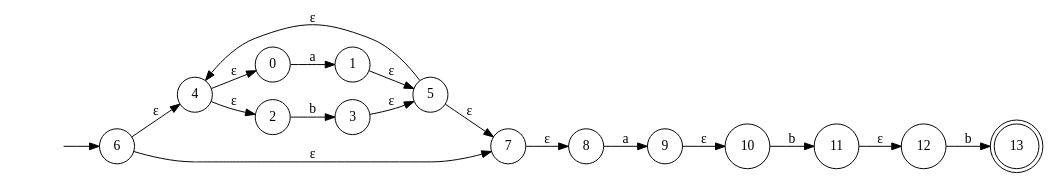
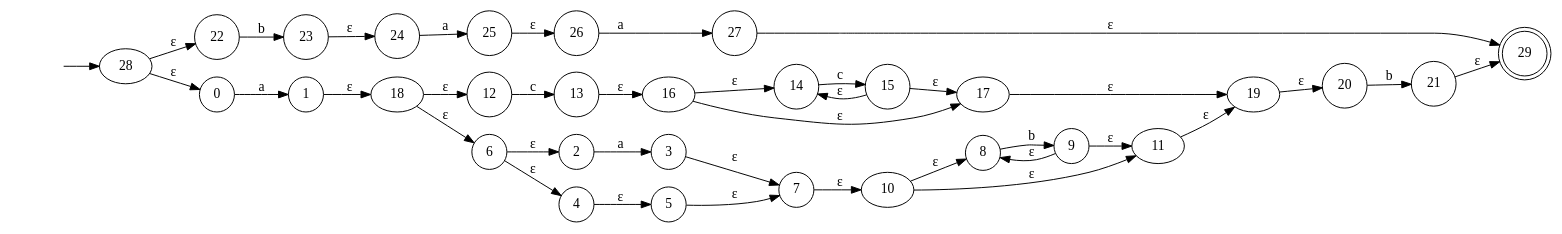
The diagram in NFA.gv (oscarparedez/compiler-project-1), drawn with Graphviz before and after one commit. The commit also changed 6 other files, not shown here.

```diff
--- a/NFA.gv
+++ b/NFA.gv
@@ -1,35 +1,64 @@
 digraph NFA {
 	graph [rankdir=LR]
 	"" [label="" shape=plaintext]
-	13 [label=13 shape=doublecircle]
-	10 [label=10 shape=circle]
+	29 [label=29 shape=doublecircle]
+	25 [label=25 shape=circle]
+	27 [label=27 shape=circle]
 	1 [label=1 shape=circle]
+	12 [label=12 shape=circle]
+	15 [label=15 shape=circle]
+	14 [label=14 shape=circle]
+	23 [label=23 shape=circle]
+	22 [label=22 shape=circle]
+	6 [label=6 shape=circle]
+	2 [label=2 shape=circle]
+	7 [label=7 shape=circle]
+	4 [label=4 shape=circle]
+	21 [label=21 shape=circle]
+	24 [label=24 shape=circle]
 	5 [label=5 shape=circle]
+	26 [label=26 shape=circle]
+	13 [label=13 shape=circle]
+	8 [label=8 shape=circle]
+	9 [label=9 shape=circle]
+	20 [label=20 shape=circle]
+	0 [label=0 shape=circle]
 	3 [label=3 shape=circle]
-	12 [label=12 shape=circle]
-	0 [label=0 shape=circle]
-	11 [label=11 shape=circle]
-	4 [label=4 shape=circle]
-	9 [label=9 shape=circle]
-	6 [label=6 shape=circle]
-	7 [label=7 shape=circle]
-	8 [label=8 shape=circle]
-	2 [label=2 shape=circle]
-	"" -> 6 [label=""]
-	11 -> 12 [label="ε"]
-	9 -> 10 [label="ε"]
-	7 -> 8 [label="ε"]
-	6 -> 7 [label="ε"]
+	"" -> 28 [label=""]
+	28 -> 0 [label="ε"]
+	28 -> 22 [label="ε"]
+	21 -> 29 [label="ε"]
+	27 -> 29 [label="ε"]
+	19 -> 20 [label="ε"]
+	1 -> 18 [label="ε"]
+	0 -> 1 [label=a]
+	18 -> 6 [label="ε"]
+	18 -> 12 [label="ε"]
+	11 -> 19 [label="ε"]
+	17 -> 19 [label="ε"]
+	7 -> 10 [label="ε"]
 	6 -> 4 [label="ε"]
+	6 -> 2 [label="ε"]
+	3 -> 7 [label="ε"]
 	5 -> 7 [label="ε"]
-	5 -> 4 [label="ε"]
-	4 -> 0 [label="ε"]
-	4 -> 2 [label="ε"]
-	1 -> 5 [label="ε"]
-	3 -> 5 [label="ε"]
-	0 -> 1 [label=a]
-	2 -> 3 [label=b]
-	8 -> 9 [label=a]
-	10 -> 11 [label=b]
-	12 -> 13 [label=b]
+	2 -> 3 [label=a]
+	4 -> 5 [label="ε"]
+	10 -> 11 [label="ε"]
+	10 -> 8 [label="ε"]
+	9 -> 8 [label="ε"]
+	9 -> 11 [label="ε"]
+	8 -> 9 [label=b]
+	13 -> 16 [label="ε"]
+	12 -> 13 [label=c]
+	16 -> 14 [label="ε"]
+	16 -> 17 [label="ε"]
+	15 -> 14 [label="ε"]
+	15 -> 17 [label="ε"]
+	14 -> 15 [label=c]
+	20 -> 21 [label=b]
+	25 -> 26 [label="ε"]
+	23 -> 24 [label="ε"]
+	22 -> 23 [label=b]
+	24 -> 25 [label=a]
+	26 -> 27 [label=a]
 }
```
